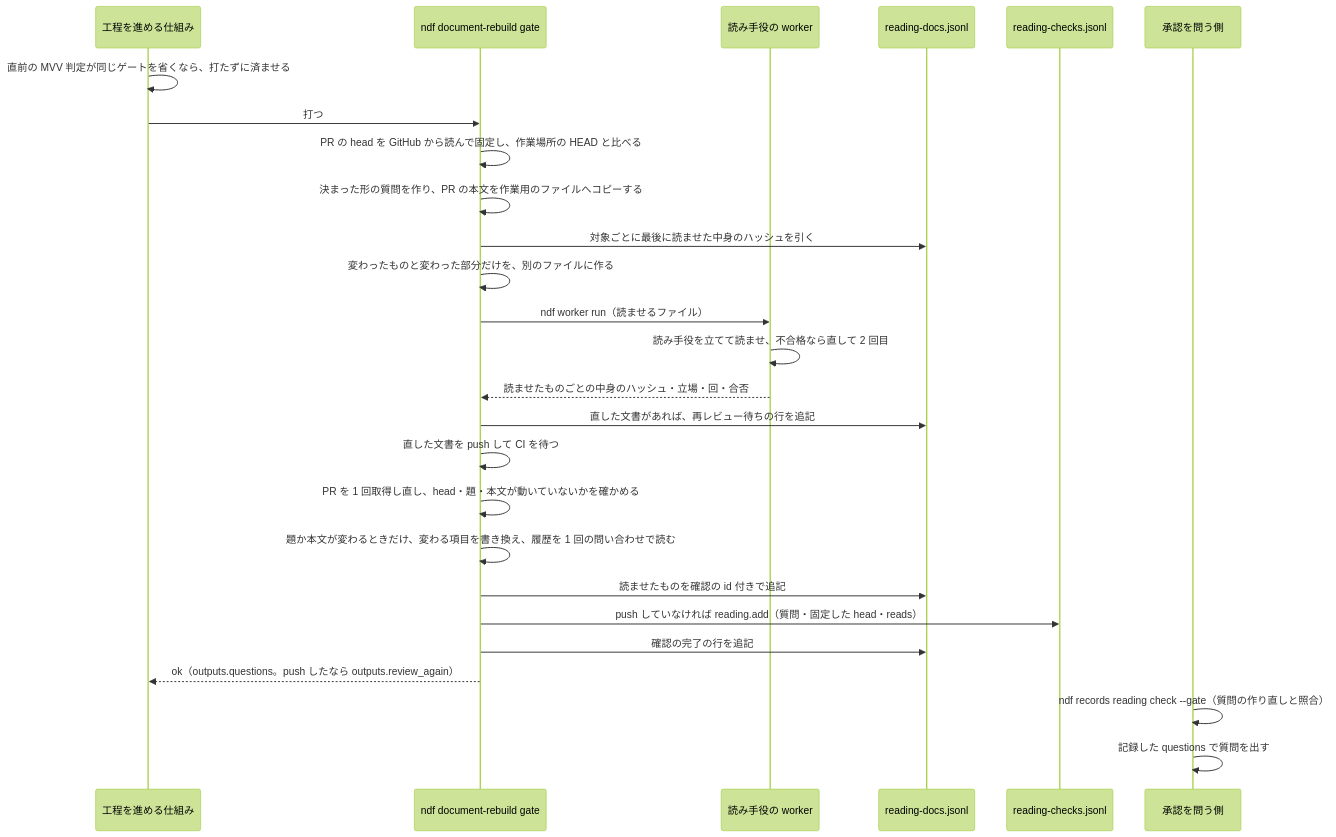
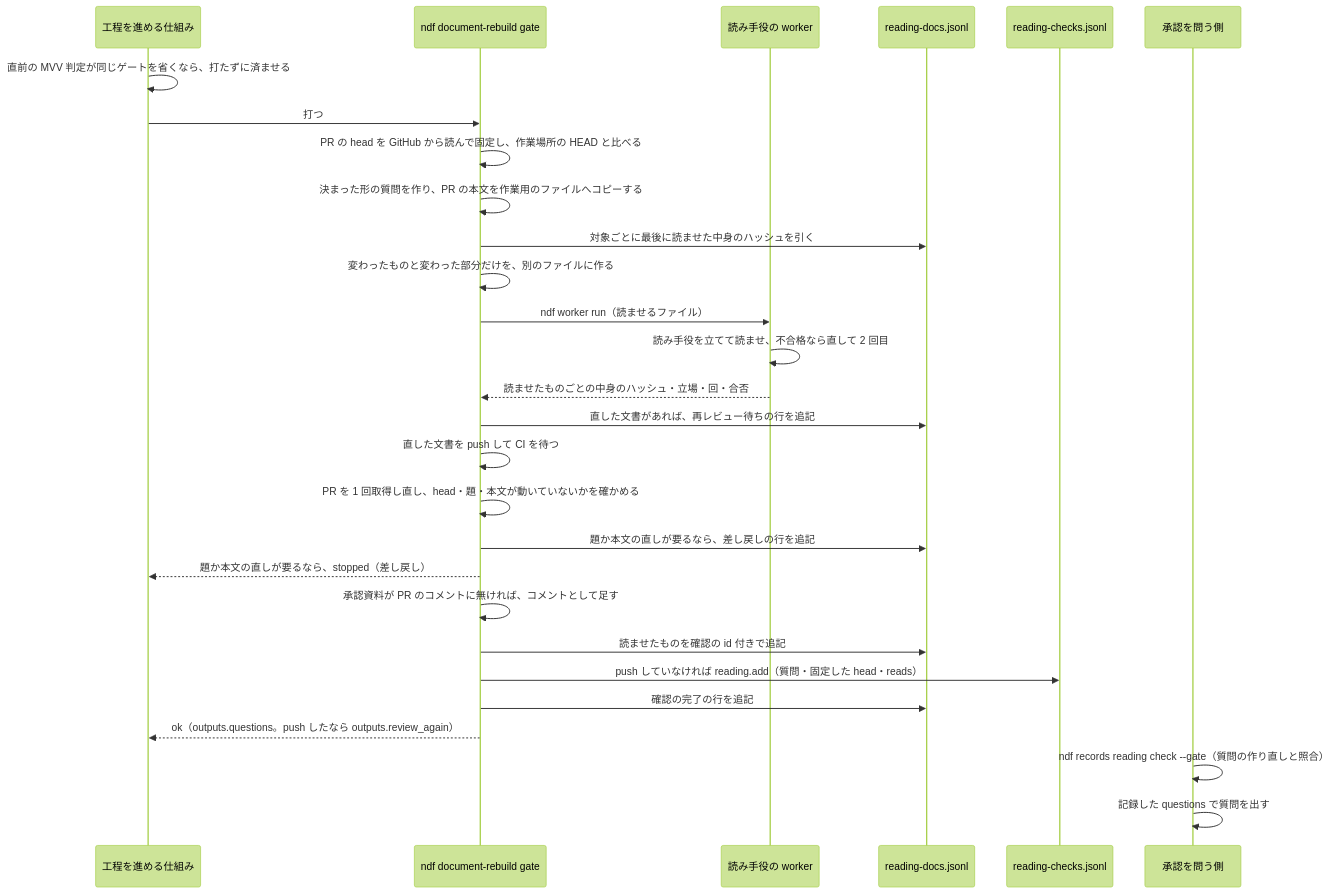
The fourth of 4 diagrams in issues/issue-4446-design.md (devbasex/ai-plugins), drawn with Mermaid (forest theme) before and after one commit. The commit also changed other lines of this file and 1 other file, not shown here.

````diff
--- a/issues/issue-4446-design.md
+++ b/issues/issue-4446-design.md
@@ -323,28 +329,30 @@
 ```mermaid
 sequenceDiagram
   participant P as 工程を進める仕組み
   participant G as ndf document-rebuild gate
   participant W as 読み手役の worker
   participant B as reading-docs.jsonl
   participant L as reading-checks.jsonl
   participant C as 承認を問う側
   P->>P: 直前の MVV 判定が同じゲートを省くなら、打たずに済ませる
   P->>G: 打つ
   G->>G: PR の head を GitHub から読んで固定し、作業場所の HEAD と比べる
   G->>G: 決まった形の質問を作り、PR の本文を作業用のファイルへコピーする
   G->>B: 対象ごとに最後に読ませた中身のハッシュを引く
   G->>G: 変わったものと変わった部分だけを、別のファイルに作る
   G->>W: ndf worker run（読ませるファイル）
   W->>W: 読み手役を立てて読ませ、不合格なら直して 2 回目
   W-->>G: 読ませたものごとの中身のハッシュ・立場・回・合否
   G->>B: 直した文書があれば、再レビュー待ちの行を追記
   G->>G: 直した文書を push して CI を待つ
   G->>G: PR を 1 回取得し直し、head・題・本文が動いていないかを確かめる
-  G->>G: 題か本文が変わるときだけ、変わる項目を書き換え、履歴を 1 回の問い合わせで読む
+  G->>B: 題か本文の直しが要るなら、差し戻しの行を追記
+  G-->>P: 題か本文の直しが要るなら、stopped（差し戻し）
+  G->>G: 承認資料が PR のコメントに無ければ、コメントとして足す
   G->>B: 読ませたものを確認の id 付きで追記
   G->>L: push していなければ reading.add（質問・固定した head・reads）
   G->>B: 確認の完了の行を追記
   G-->>P: ok（outputs.questions。push したなら outputs.review_again）
   C->>C: ndf records reading check --gate（質問の作り直しと照合）
   C->>C: 記録した questions で質問を出す
 ```
````
